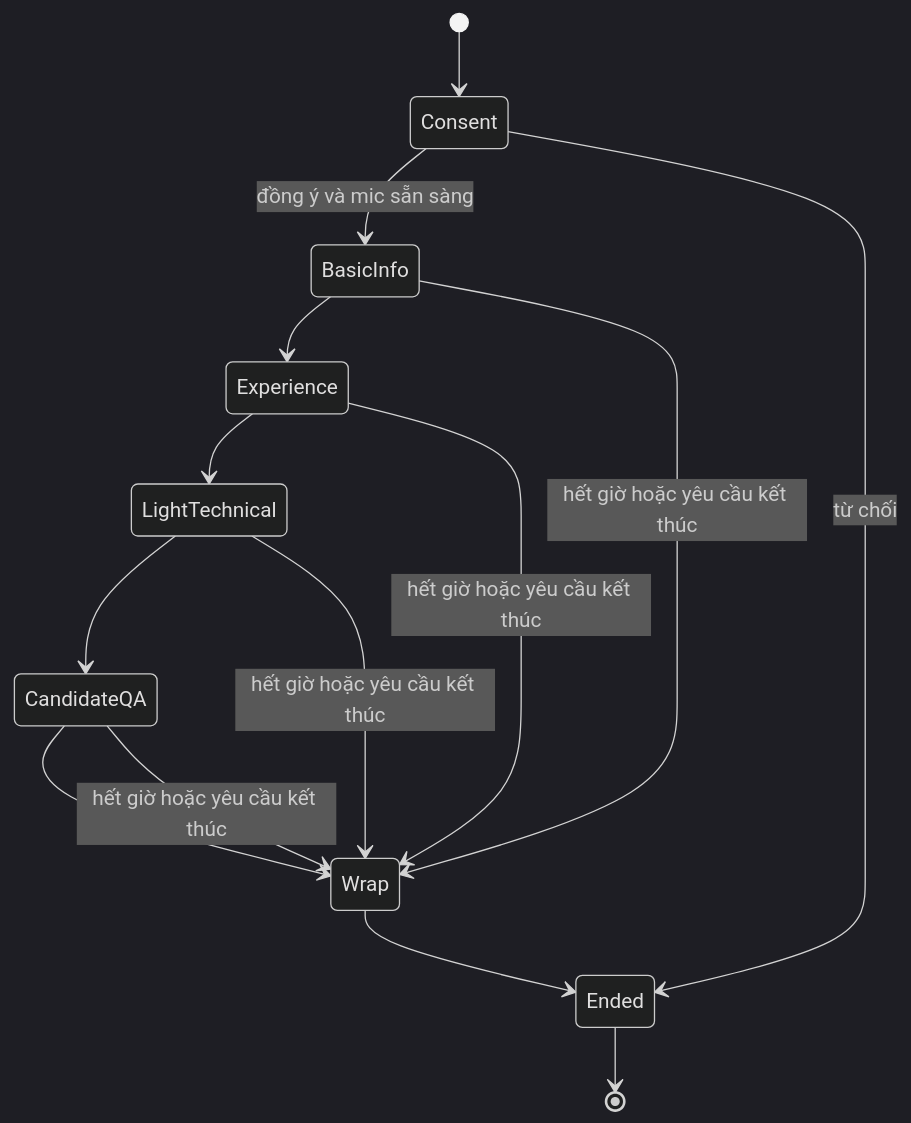
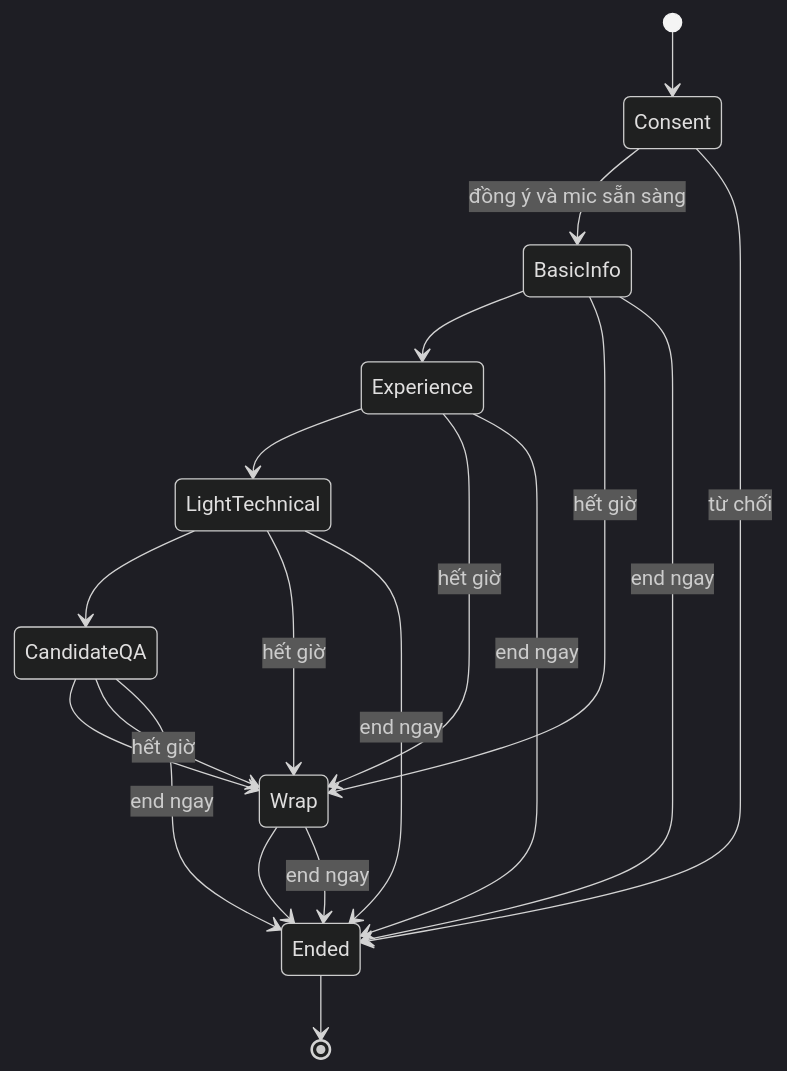
One commit to apase95/OpenInterview changed the first of 2 diagrams in docs/architecture/conversation-workflow.md. Above: the diagram before and after it, drawn with Mermaid (dark theme). The commit also changed other lines of this file and 6 other files, not shown here.

````diff
--- a/docs/architecture/conversation-workflow.md
+++ b/docs/architecture/conversation-workflow.md
@@ -7,16 +7,21 @@
 ```mermaid
 stateDiagram-v2
     [*] --> Consent
     Consent --> BasicInfo: đồng ý và mic sẵn sàng
     Consent --> Ended: từ chối
     BasicInfo --> Experience
     Experience --> LightTechnical
     LightTechnical --> CandidateQA
     CandidateQA --> Wrap
     Wrap --> Ended
-    BasicInfo --> Wrap: hết giờ hoặc yêu cầu kết thúc
-    Experience --> Wrap: hết giờ hoặc yêu cầu kết thúc
-    LightTechnical --> Wrap: hết giờ hoặc yêu cầu kết thúc
-    CandidateQA --> Wrap: hết giờ hoặc yêu cầu kết thúc
+    BasicInfo --> Wrap: hết giờ
+    Experience --> Wrap: hết giờ
+    LightTechnical --> Wrap: hết giờ
+    CandidateQA --> Wrap: hết giờ
+    BasicInfo --> Ended: end ngay
+    Experience --> Ended: end ngay
+    LightTechnical --> Ended: end ngay
+    CandidateQA --> Ended: end ngay
+    Wrap --> Ended: end ngay
     Ended --> [*]
 ```
````
